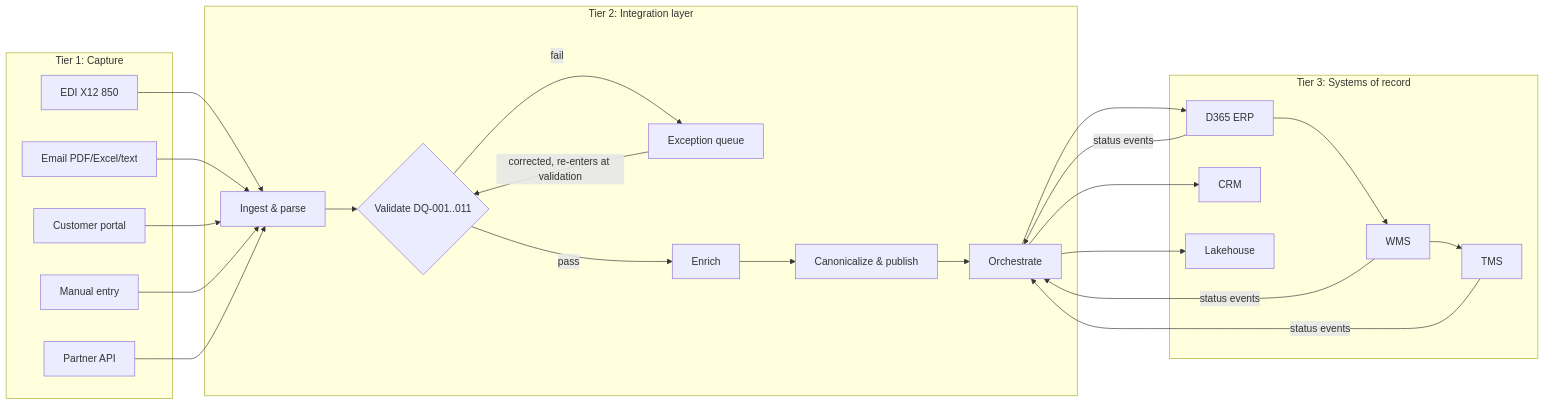
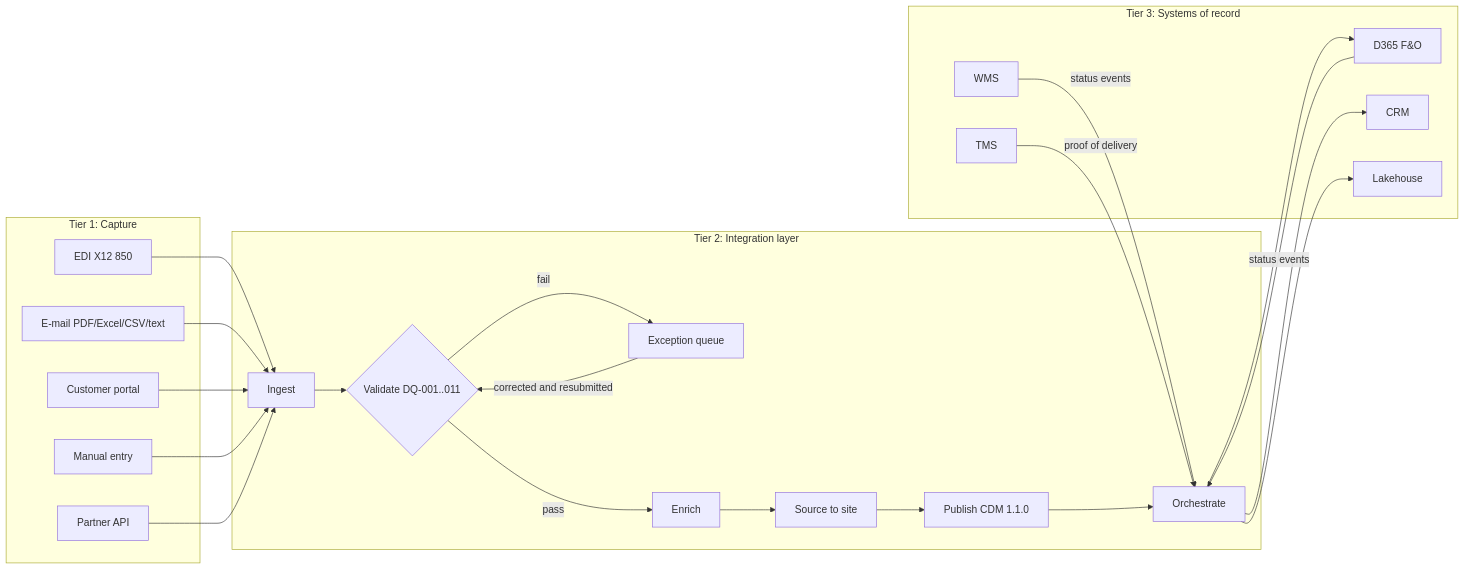
The second of 2 diagrams in docs/01-requirements.md (amitagrawal09/tf-data-product-so), drawn with Mermaid before and after one commit. The commit also changed other lines of this file, not shown here.

````diff
--- a/docs/01-requirements.md
+++ b/docs/01-requirements.md
@@ -250,42 +309,41 @@
 ```mermaid
 flowchart LR
   subgraph T1["Tier 1: Capture"]
     EDI["EDI X12 850"]
-    EM["Email PDF/Excel/text"]
+    EM["E-mail PDF/Excel/CSV/text"]
     PO["Customer portal"]
     MA["Manual entry"]
     PA["Partner API"]
   end
   subgraph T2["Tier 2: Integration layer"]
-    ING["Ingest & parse"]
+    ING["Ingest"]
     VAL{"Validate DQ-001..011"}
     EXQ["Exception queue"]
     ENR["Enrich"]
-    CAN["Canonicalize & publish"]
+    SRC["Source to site"]
+    PUB["Publish CDM 1.1.0"]
     ORC["Orchestrate"]
   end
   subgraph T3["Tier 3: Systems of record"]
-    D365["D365 ERP"]
+    D365["D365 F&O"]
     WMS["WMS"]
     TMS["TMS"]
     CRM["CRM"]
     LH["Lakehouse"]
   end
   EDI --> ING
   EM --> ING
   PO --> ING
   MA --> ING
   PA --> ING
   ING --> VAL
   VAL -- "fail" --> EXQ
-  EXQ -- "corrected, re-enters at validation" --> VAL
-  VAL -- "pass" --> ENR --> CAN --> ORC
+  EXQ -- "corrected and resubmitted" --> VAL
+  VAL -- "pass" --> ENR --> SRC --> PUB --> ORC
   ORC --> D365
-  D365 --> WMS
-  WMS --> TMS
   ORC --> CRM
   ORC --> LH
   D365 -- "status events" --> ORC
   WMS -- "status events" --> ORC
-  TMS -- "status events" --> ORC
+  TMS -- "proof of delivery" --> ORC
 ```
````
